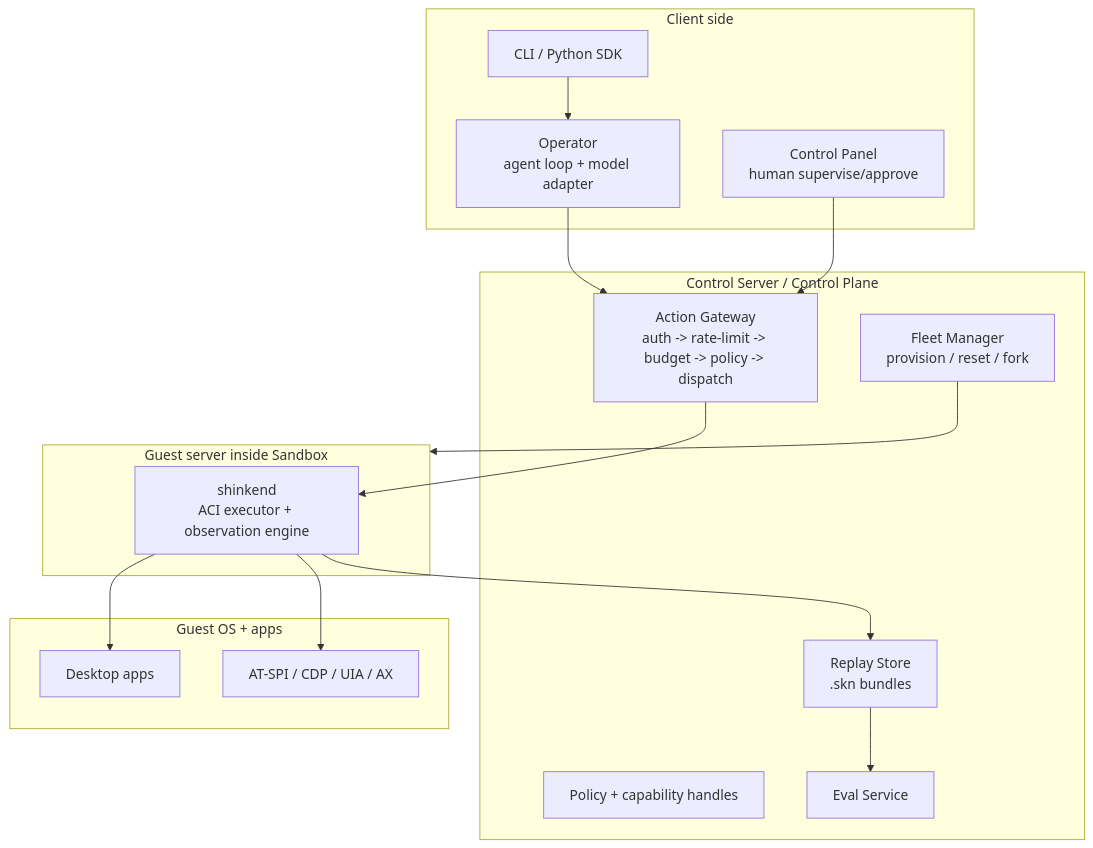
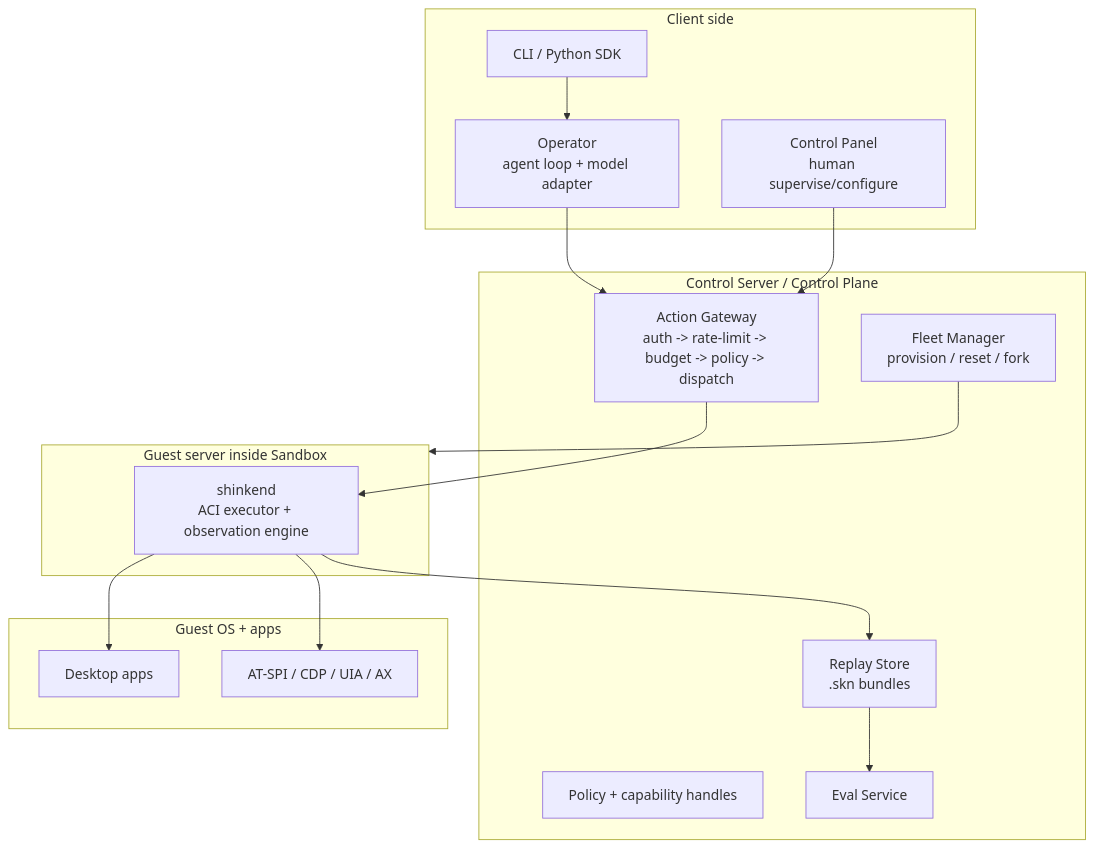
Before and after one commit to Meirtz/Shinken: the second of 3 diagrams in README.md, drawn with Mermaid. The commit also changed other lines of this file and 12 other files, not shown here.

````diff
--- a/README.md
+++ b/README.md
@@ -97,35 +98,35 @@
 ```mermaid
 flowchart TB
   subgraph Client["Client side"]
     CLI["CLI / Python SDK"]
     OP["Operator<br/>agent loop + model adapter"]
-    CP["Control Panel<br/>human supervise/approve"]
+    CP["Control Panel<br/>human supervise/configure"]
   end
 
   subgraph Control["Control Server / Control Plane"]
     AG["Action Gateway<br/>auth -> rate-limit -> budget -> policy -> dispatch"]
     POL["Policy + capability handles"]
     RS["Replay Store<br/>.skn bundles"]
     FM["Fleet Manager<br/>provision / reset / fork"]
     EV["Eval Service"]
   end
 
   subgraph Guest["Guest server inside Sandbox"]
     SK["shinkend<br/>ACI executor + observation engine"]
   end
 
   subgraph OS["Guest OS + apps"]
     APP["Desktop apps"]
     A11Y["AT-SPI / CDP / UIA / AX"]
   end
 
   CLI --> OP
   OP --> AG
   CP --> AG
   AG --> SK
   SK --> APP
   SK --> A11Y
   SK --> RS
   FM --> Guest
   RS --> EV
 ```
````
